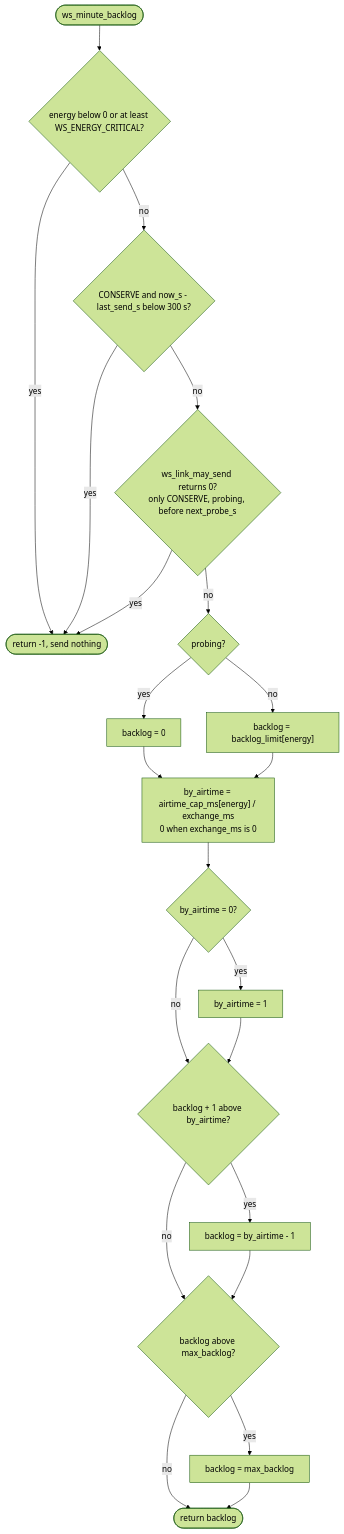
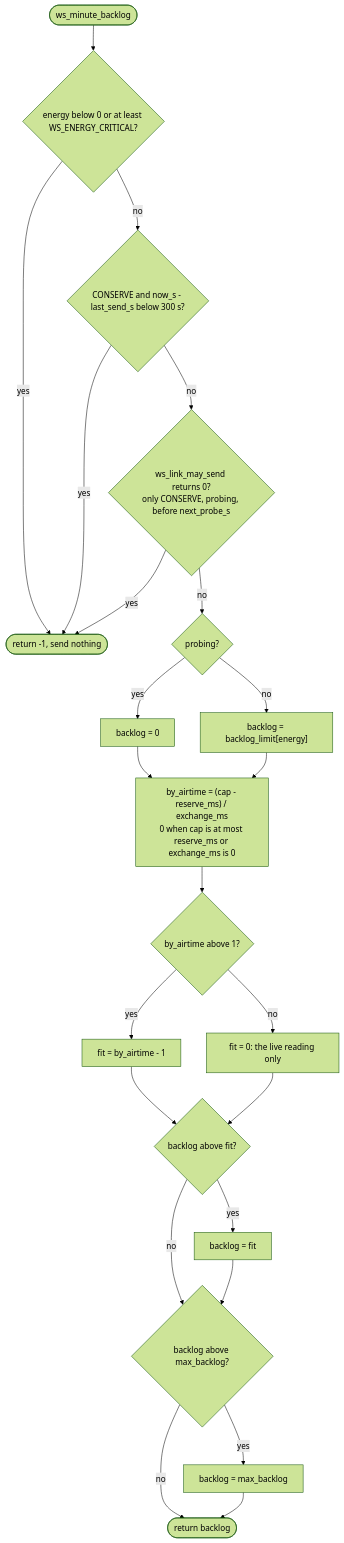
The second of 4 diagrams in firmware/common/ws_policy.lit.md (clintecker/weather-station-2026), drawn with Mermaid (forest theme) before and after one commit. The commit also changed other lines of this file and 303 other files, not shown here.

````diff
--- a/firmware/common/ws_policy.lit.md
+++ b/firmware/common/ws_policy.lit.md
@@ -310,24 +326,25 @@
 ```mermaid
 flowchart TD
   START(["ws_minute_backlog"]) --> G1{"energy below 0 or at least WS_ENERGY_CRITICAL?"}
   G1 -->|yes| NONE(["return -1, send nothing"])
   G1 -->|no| G2{"CONSERVE and now_s - last_send_s below 300 s?"}
   G2 -->|yes| NONE
   G2 -->|no| G3{"ws_link_may_send returns 0?<br/>only CONSERVE, probing, before next_probe_s"}
   G3 -->|yes| NONE
   G3 -->|no| G4{"probing?"}
   G4 -->|yes| P0["backlog = 0"]
   G4 -->|no| PL["backlog = backlog_limit[energy]"]
-  P0 --> AIR["by_airtime = airtime_cap_ms[energy] / exchange_ms<br/>0 when exchange_ms is 0"]
+  P0 --> AIR["by_airtime = (cap - reserve_ms) / exchange_ms<br/>0 when cap is at most reserve_ms or exchange_ms is 0"]
   PL --> AIR
-  AIR --> A1{"by_airtime = 0?"}
-  A1 -->|yes| A2["by_airtime = 1"]
-  A1 -->|no| A3
-  A2 --> A3{"backlog + 1 above by_airtime?"}
-  A3 -->|yes| A4["backlog = by_airtime - 1"]
-  A3 -->|no| Q
-  A4 --> Q{"backlog above max_backlog?"}
+  AIR --> A1{"by_airtime above 1?"}
+  A1 -->|yes| A2["fit = by_airtime - 1"]
+  A1 -->|no| A3["fit = 0: the live reading only"]
+  A2 --> A4{"backlog above fit?"}
+  A3 --> A4
+  A4 -->|yes| A5["backlog = fit"]
+  A4 -->|no| Q
+  A5 --> Q{"backlog above max_backlog?"}
   Q -->|yes| Q1["backlog = max_backlog"]
   Q -->|no| RET(["return backlog"])
   Q1 --> RET
 ```
````
